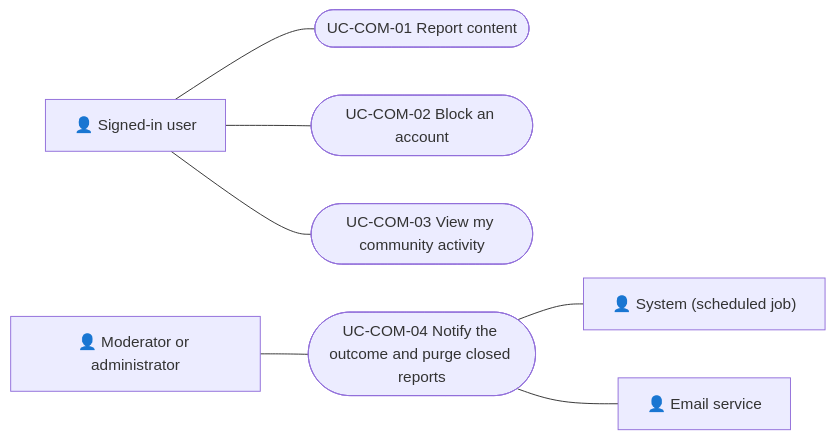
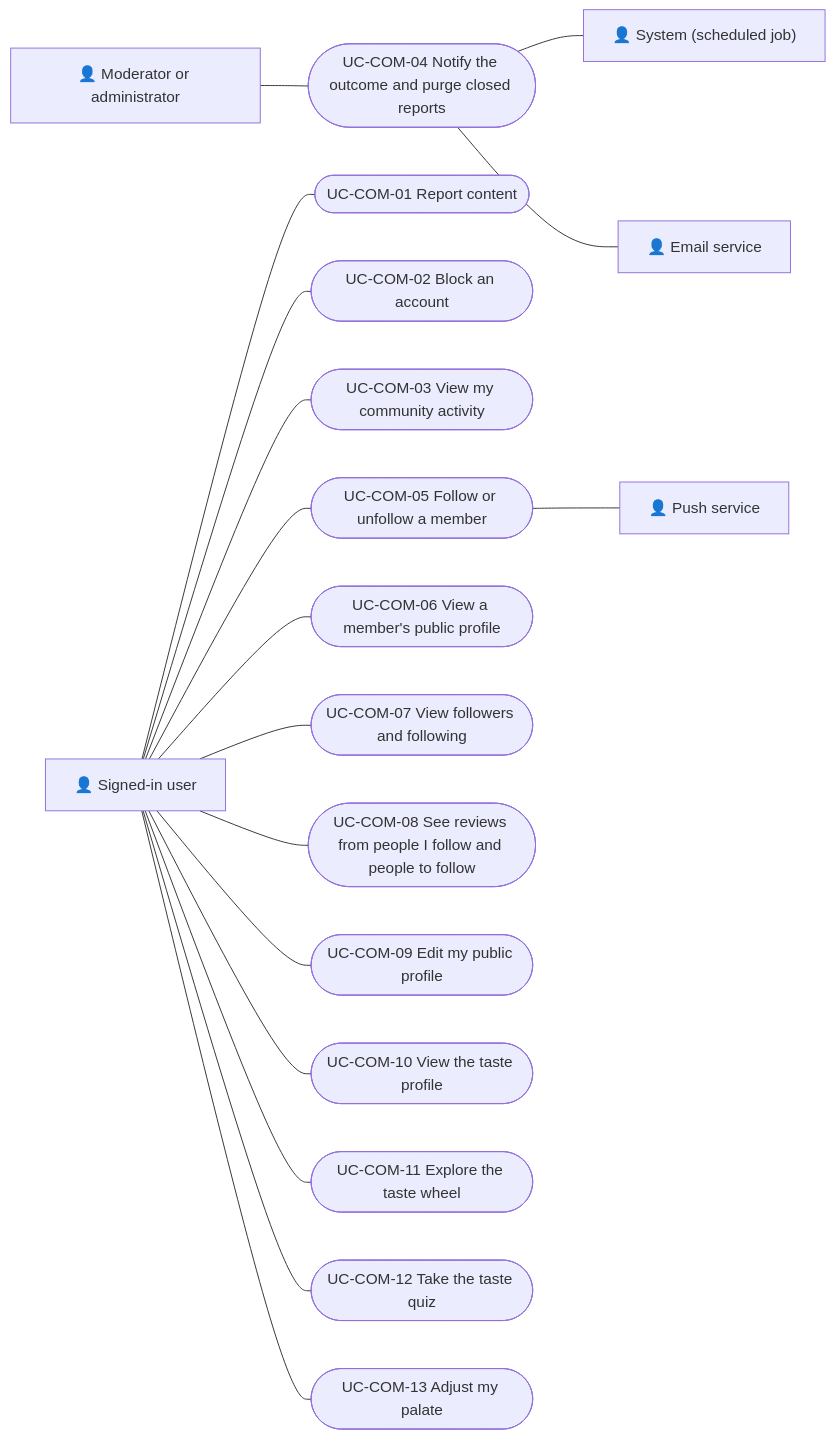
The diagram in docs/en/modules/community/use-cases/README.md (Bielaszczuk/vinnot-demo), drawn with Mermaid before and after one commit. The commit also changed other lines of this file and 703 other files, not shown here.

````diff
--- a/docs/en/modules/community/use-cases/README.md
+++ b/docs/en/modules/community/use-cases/README.md
@@ -14,17 +23,37 @@
 ```mermaid
 flowchart LR
     A1["👤 Signed-in user"]
     A2["👤 Moderator or administrator"]
     A3["👤 System (scheduled job)"]
     A4["👤 Email service"]
+    A5["👤 Push service"]
     U01(["UC-COM-01 Report content"])
     U02(["UC-COM-02 Block an account"])
     U03(["UC-COM-03 View my community activity"])
     U04(["UC-COM-04 Notify the outcome and purge closed reports"])
+    U05(["UC-COM-05 Follow or unfollow a member"])
+    U06(["UC-COM-06 View a member's public profile"])
+    U07(["UC-COM-07 View followers and following"])
+    U08(["UC-COM-08 See reviews from people I follow and people to follow"])
+    U09(["UC-COM-09 Edit my public profile"])
+    U10(["UC-COM-10 View the taste profile"])
+    U11(["UC-COM-11 Explore the taste wheel"])
+    U12(["UC-COM-12 Take the taste quiz"])
+    U13(["UC-COM-13 Adjust my palate"])
     A1 --- U01
     A1 --- U02
     A1 --- U03
     A2 --- U04
     U04 --- A3
     U04 --- A4
+    A1 --- U05
+    U05 --- A5
+    A1 --- U06
+    A1 --- U07
+    A1 --- U08
+    A1 --- U09
+    A1 --- U10
+    A1 --- U11
+    A1 --- U12
+    A1 --- U13
 ```
````
